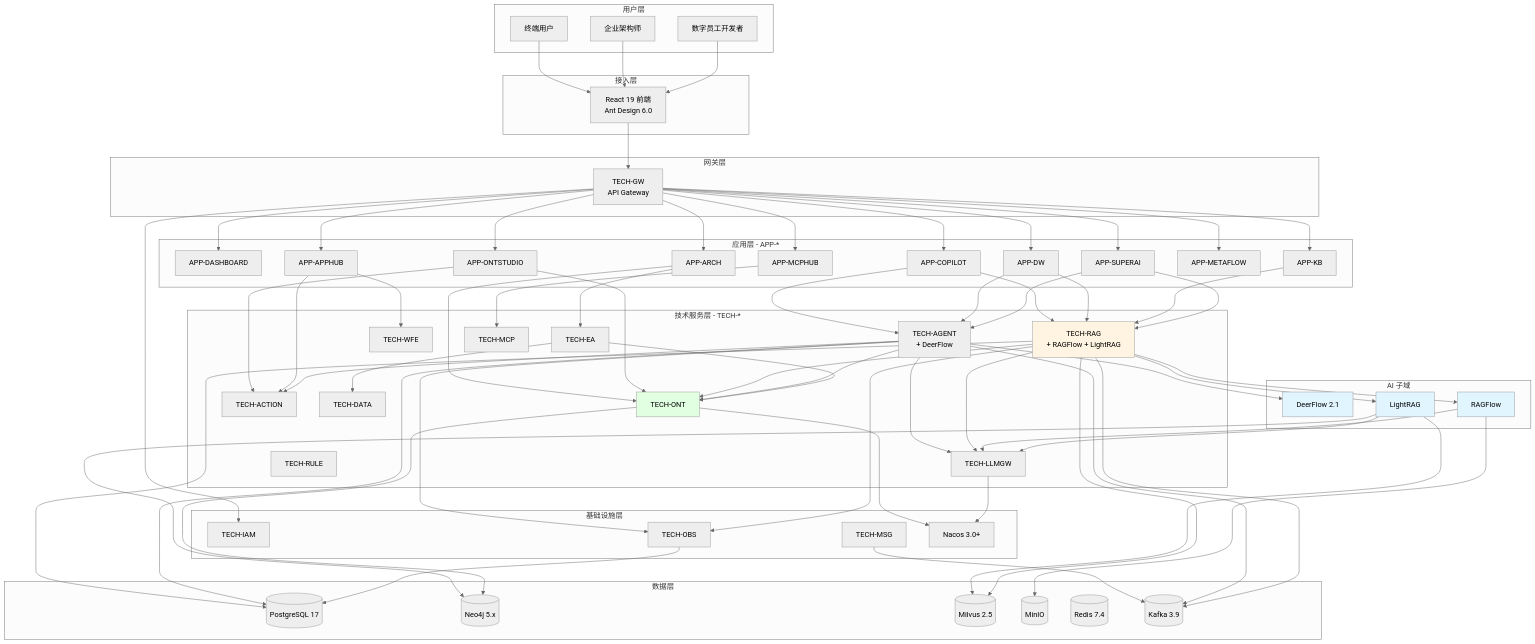
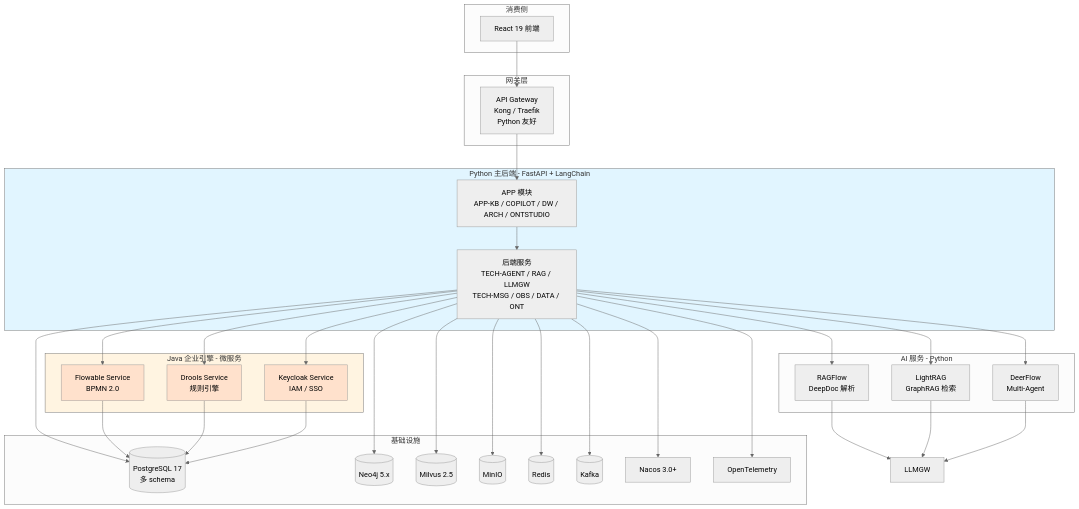
One commit to Bert0000000000/MetaPlatform changed the first of 2 diagrams in docs/superpowers/specs/2026-07-27-mate-platform-technical-architecture.md. Above: the diagram before and after it, drawn with Mermaid (neutral theme). The commit also changed other lines of this file and 2 other files, not shown here.

First line of the commit message:
﻿feat: v3.0 Plan D Polyglot Microservice Architecture as official main

````diff
--- a/docs/superpowers/specs/2026-07-27-mate-platform-technical-architecture.md
+++ b/docs/superpowers/specs/2026-07-27-mate-platform-technical-architecture.md
@@ -462,131 +68,69 @@
 ```mermaid
 flowchart TB
-    subgraph 用户层
-        U1[终端用户]
-        U2[企业架构师]
-        U3[数字员工开发者]
-    end
-
-    subgraph 接入层
-        FE[React 19 前端<br/>Ant Design 6.0]
+    subgraph 消费侧
+        FE[React 19 前端]
     end
 
     subgraph 网关层
-        GW[TECH-GW<br/>API Gateway]
+        GW[API Gateway<br/>Kong / Traefik<br/>Python 友好]
     end
 
-    subgraph 应用层[应用层 - APP-*]
-        APP1[APP-DASHBOARD]
-        APP2[APP-COPILOT]
-        APP3[APP-DW]
-        APP4[APP-ARCH]
-        APP5[APP-KB]
-        APP6[APP-APPHUB]
-        APP7[APP-ONTSTUDIO]
-        APP8[APP-MCPHUB]
-        APP9[APP-METAFLOW]
-        APP10[APP-SUPERAI]
+    subgraph Python主后端[Python 主后端 - FastAPI + LangChain]
+        APP[APP 模块<br/>APP-KB / COPILOT / DW / ARCH / ONTSTUDIO]
+        BACKEND[后端服务<br/>TECH-AGENT / RAG / LLMGW<br/>TECH-MSG / OBS / DATA / ONT]
     end
 
-    subgraph 技术服务层[技术服务层 - TECH-*]
-        AGENT[TECH-AGENT<br/>+ DeerFlow]
-        RAG[TECH-RAG<br/>+ RAGFlow + LightRAG]
-        ONT[TECH-ONT]
-        LLMGW[TECH-LLMGW]
-        ACTION[TECH-ACTION]
-        WFE[TECH-WFE]
-        RULE[TECH-RULE]
-        EA[TECH-EA]
-        MCP[TECH-MCP]
-        DATA[TECH-DATA]
+    subgraph AI服务[AI 服务 - Python]
+        RAGFLOW[RAGFlow<br/>DeepDoc 解析]
+        LIGHTRAG[LightRAG<br/>GraphRAG 检索]
+        DEERFLOW[DeerFlow<br/>Multi-Agent]
     end
 
-    subgraph AI子域[AI 子域]
-        DEERFLOW[DeerFlow 2.1]
-        RAGFLOW[RAGFlow]
-        LIGHTRAG[LightRAG]
+    subgraph Java企业引擎[Java 企业引擎 - 微服务]
+        FLOWABLE[Flowable Service<br/>BPMN 2.0]
+        DROOLS[Drools Service<br/>规则引擎]
+        KEYCLOAK[Keycloak Service<br/>IAM / SSO]
     end
 
-    subgraph 基础设施层
-        IAM[TECH-IAM]
-        OBS[TECH-OBS]
-        MSG[TECH-MSG]
-        NACOS[Nacos 3.0+]
-    end
-
-    subgraph 数据层
-        PG[(PostgreSQL 17)]
+    subgraph 基础设施
+        PG[(PostgreSQL 17<br/>多 schema)]
         NEO4J[(Neo4j 5.x)]
         MILVUS[(Milvus 2.5)]
         MINIO[(MinIO)]
-        REDIS[(Redis 7.4)]
-        KAFKA[(Kafka 3.9)]
+        REDIS[(Redis)]
+        KAFKA[(Kafka)]
+        NACOS[Nacos 3.0+]
+        OTEL[OpenTelemetry]
     end
 
-    U1 --> FE
-    U2 --> FE
-    U3 --> FE
     FE --> GW
-    GW --> APP1
-    GW --> APP2
-    GW --> APP3
-    GW --> APP4
-    GW --> APP5
-    GW --> APP6
-    GW --> APP7
-    GW --> APP8
-    GW --> APP9
-    GW --> APP10
+    GW --> APP
+    APP --> BACKEND
+    BACKEND --> RAGFLOW
+    BACKEND --> LIGHTRAG
+    BACKEND --> DEERFLOW
+    BACKEND --> FLOWABLE
+    BACKEND --> DROOLS
+    BACKEND --> KEYCLOAK
+    BACKEND --> NACOS
+    BACKEND --> KAFKA
+    BACKEND --> OTEL
+    BACKEND --> PG
+    BACKEND --> NEO4J
+    BACKEND --> MILVUS
+    BACKEND --> MINIO
+    BACKEND --> REDIS
 
-    APP2 --> AGENT
-    APP3 --> AGENT
-    APP2 --> RAG
-    APP3 --> RAG
-    APP5 --> RAG
-    APP4 --> EA
-    APP4 --> ONT
-    APP7 --> ONT
-    APP7 --> ACTION
-    APP6 --> WFE
-    APP6 --> ACTION
-    APP10 --> AGENT
-    APP10 --> RAG
-    APP8 --> MCP
-
-    AGENT --> LLMGW
-    RAG --> LLMGW
-    RAG --> ONT
-    AGENT --> ONT
-    AGENT --> ACTION
-    AGENT --> DEERFLOW
-    RAG --> RAGFLOW
-    RAG --> LIGHTRAG
-    EA --> ONT
-    EA --> DATA
-
-    GW --> IAM
-    AGENT --> OBS
-    RAG --> OBS
-    ONT --> NACOS
-    LLMGW --> NACOS
-
-    RAGFLOW --> MINIO
     RAGFLOW --> LLMGW
     LIGHTRAG --> LLMGW
-    LIGHTRAG --> NEO4J
-    LIGHTRAG --> MILVUS
-    ONT --> NEO4J
-    RAG --> MILVUS
-    RAG --> PG
-    AGENT --> PG
-    OBS --> PG
-    MSG --> KAFKA
-    AGENT --> KAFKA
-    RAG --> KAFKA
+    DEERFLOW --> LLMGW
+    FLOWABLE --> PG
+    DROOLS --> PG
+    KEYCLOAK --> PG
 
-    style DEERFLOW fill:#e1f5ff
-    style RAGFLOW fill:#e1f5ff
-    style LIGHTRAG fill:#e1f5ff
-    style RAG fill:#fff4e1
-    style ONT fill:#e1ffe1
+    style Java企业引擎 fill:#fff4e1
+    style FLOWABLE fill:#ffe1cc
+    style DROOLS fill:#ffe1cc
+    style KEYCLOAK fill:#ffe1cc
+    style Python主后端 fill:#e1f5ff
 ```
````
